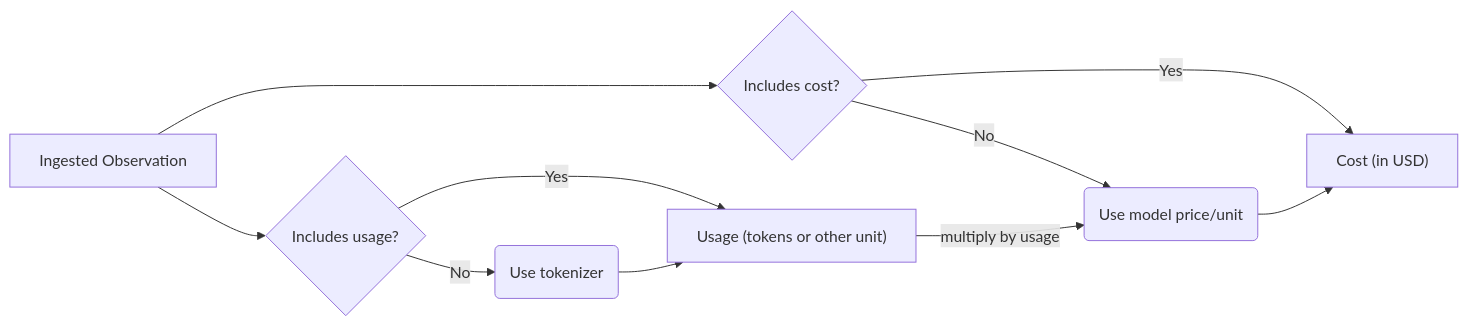
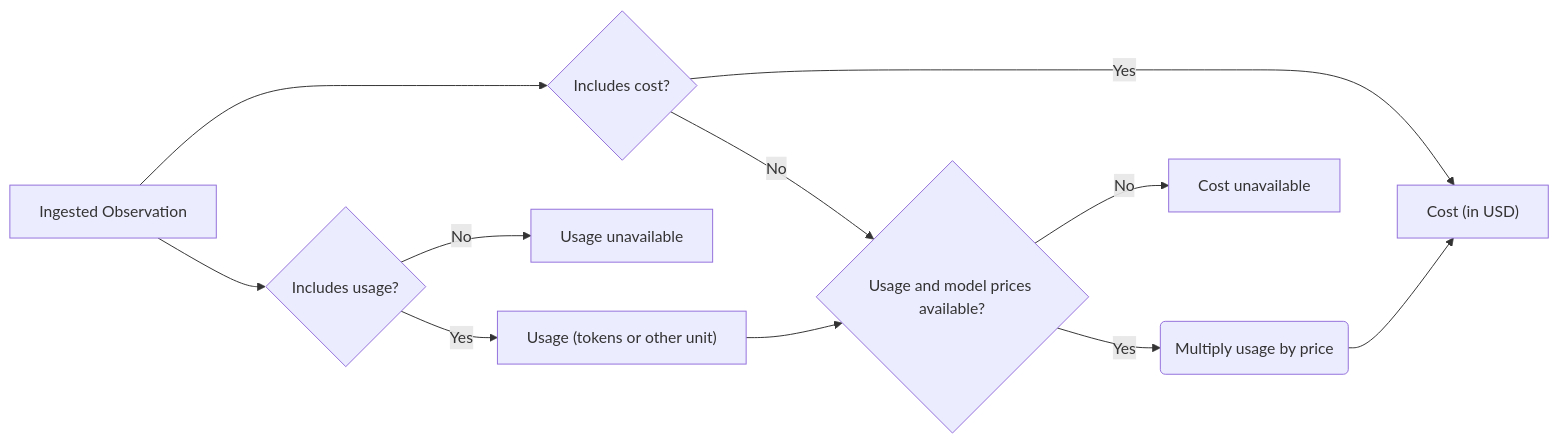
Before and after one commit to langfuse/langfuse-docs: the diagram in content/docs/observability/features/token-and-cost-tracking.mdx, drawn with Mermaid. The commit also changed other lines of this file and 8 other files, not shown here.

````diff
--- a/content/docs/observability/features/token-and-cost-tracking.mdx
+++ b/content/docs/observability/features/token-and-cost-tracking.mdx
@@ -48,13 +48,15 @@
 ```mermaid
 flowchart LR
   A[Ingested Observation]
   B["Usage (tokens or other unit)"]
   C["Cost (in USD)"]
   A --> D{Includes usage?}
   D -->|Yes| B
-  D -->|No| E(Use tokenizer) --> B
+  D -->|No| E[Usage unavailable]
   A --> F{Includes cost?}
   F -->|Yes| C
-  F -->|No| G(Use model price/unit) --> C
-  B -->|multiply by usage| G
+  F -->|No| G{Usage and model prices available?}
+  G -->|Yes| H(Multiply usage by price) --> C
+  G -->|No| I[Cost unavailable]
+  B --> G
 ```
````
